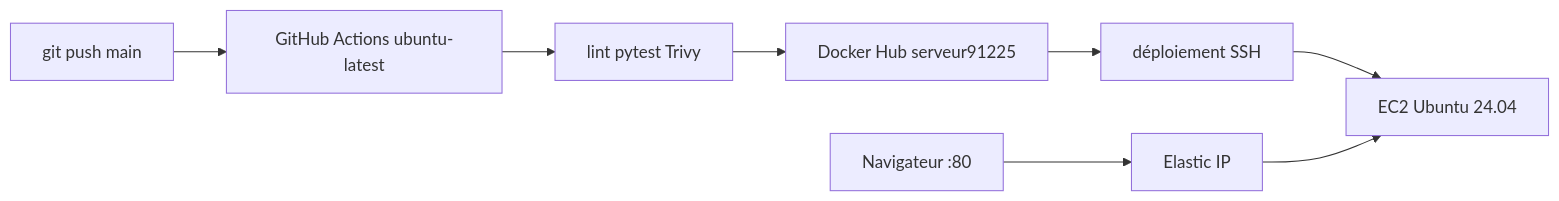
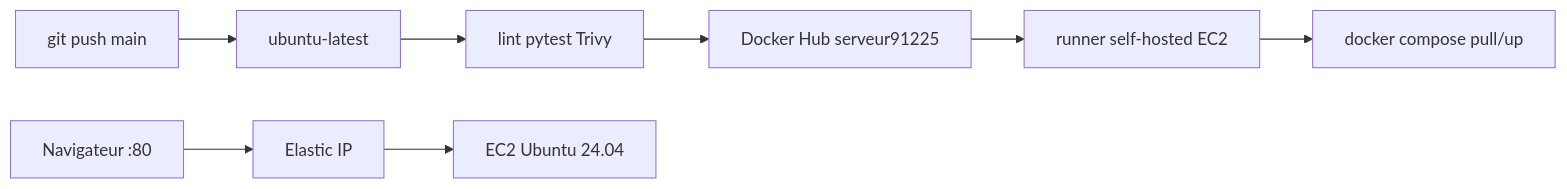
Before and after one commit to serveur9-1/TECH-DEVOPS: the first of 2 diagrams in README.md, drawn with Mermaid. The commit also changed other lines of this file and 4 other files, not shown here.

Commit message:
Deploy from a self-hosted EC2 runner instead of SSH.

````diff
--- a/README.md
+++ b/README.md
@@ -9,10 +9,10 @@
 ```mermaid
 flowchart LR
-  Push[git push main] --> GHA[GitHub Actions ubuntu-latest]
+  Push[git push main] --> GHA[ubuntu-latest]
   GHA --> Tests[lint pytest Trivy]
   Tests --> Hub[Docker Hub serveur91225]
-  Hub --> SSH[déploiement SSH]
-  SSH --> EC2[EC2 Ubuntu 24.04]
+  Hub --> Runner[runner self-hosted EC2]
+  Runner --> Compose[docker compose pull/up]
   User[Navigateur :80] --> EIP[Elastic IP]
-  EIP --> EC2
+  EIP --> EC2[EC2 Ubuntu 24.04]
 ```
````
